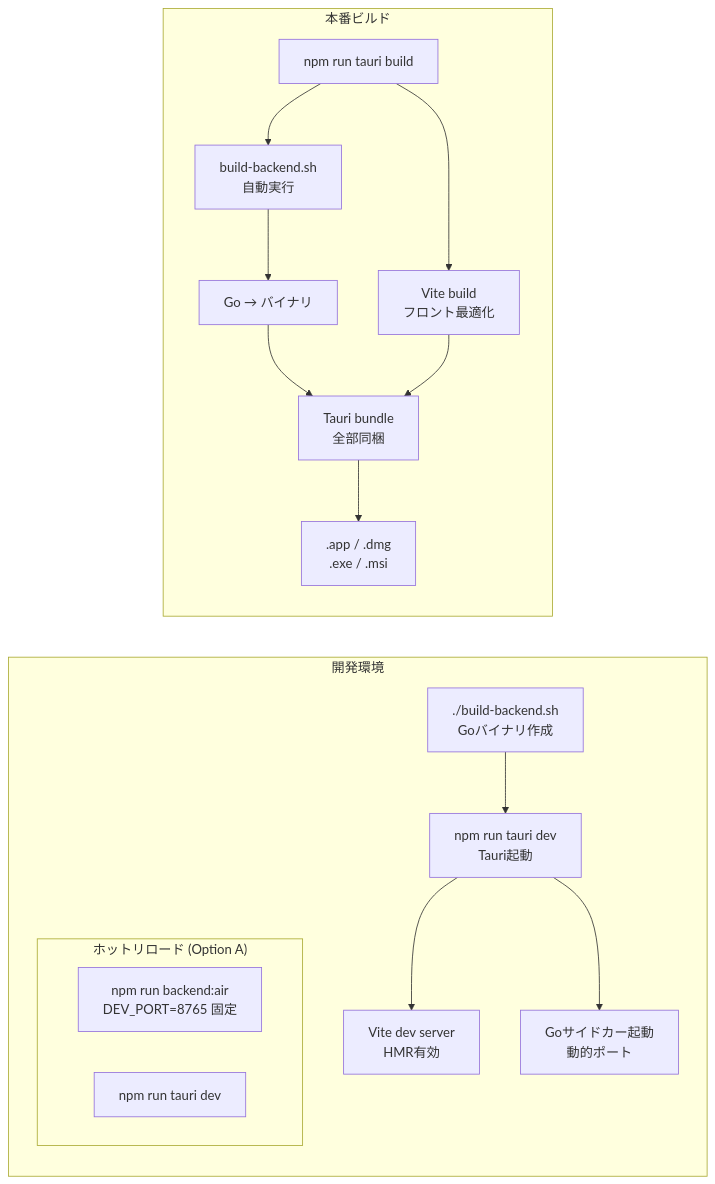
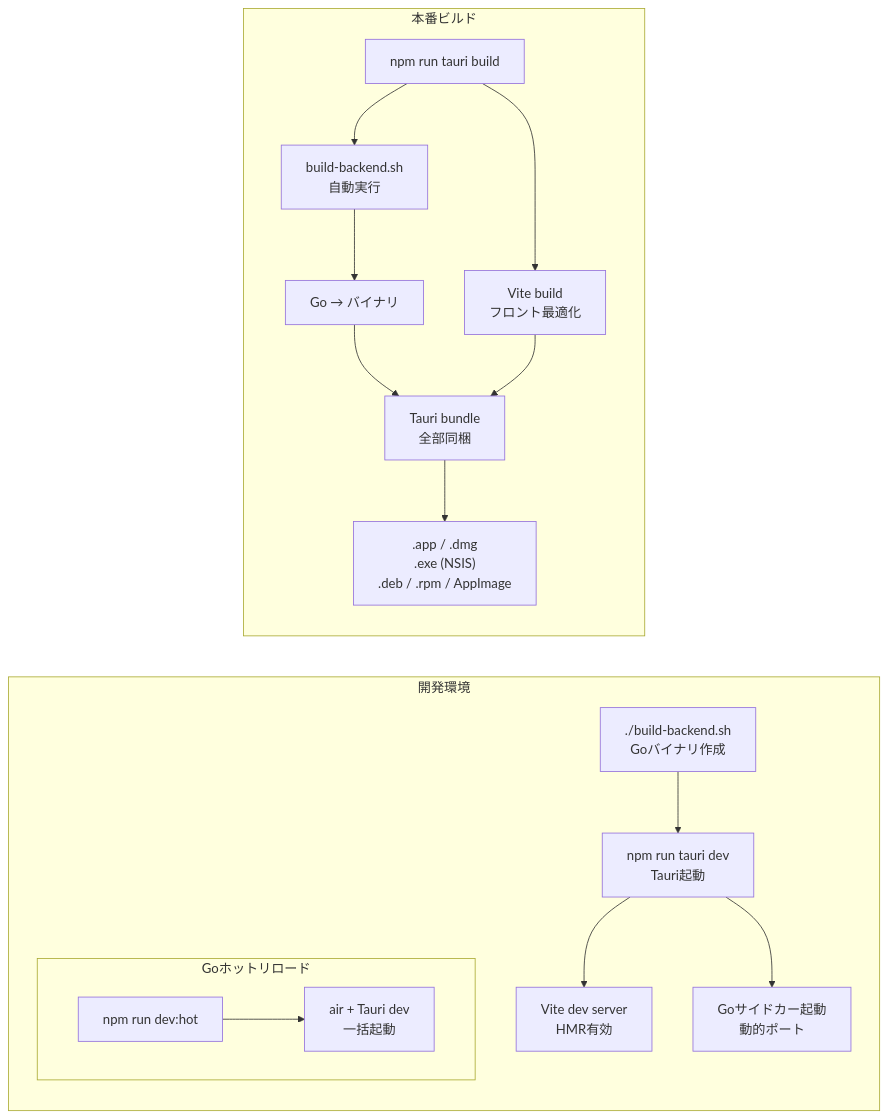
Before and after one commit to NOGU-LAB/tauri-app-template: the fourth of 4 diagrams in README.md, drawn with Mermaid. The commit also changed other lines of this file and 38 other files, not shown here.

````diff
--- a/README.md
+++ b/README.md
@@ -128,24 +129,24 @@
 ```mermaid
 flowchart LR
     subgraph Dev["開発環境"]
         direction TB
         D1["./build-backend.sh\nGoバイナリ作成"] --> D2["npm run tauri dev\nTauri起動"]
         D2 --> D3["Vite dev server\nHMR有効"]
         D2 --> D4["Goサイドカー起動\n動的ポート"]
 
-        subgraph HotReload["ホットリロード (Option A)"]
-            H1["npm run backend:air\nDEV_PORT=8765 固定"] 
-            H2["npm run tauri dev"]
+        subgraph HotReload["Goホットリロード"]
+            H1["npm run dev:hot"]
+            H1 --> H2["air + Tauri dev\n一括起動"]
         end
     end
 
     subgraph Prod["本番ビルド"]
         direction TB
         P1["npm run tauri build"] --> P2["build-backend.sh\n自動実行"]
         P2 --> P3["Go → バイナリ"]
         P1 --> P4["Vite build\nフロント最適化"]
         P3 --> P5["Tauri bundle\n全部同梱"]
         P4 --> P5
-        P5 --> P6[".app / .dmg\n.exe / .msi"]
+        P5 --> P6[".app / .dmg\n.exe (NSIS)\n.deb / .rpm / AppImage"]
     end
 ```
````
